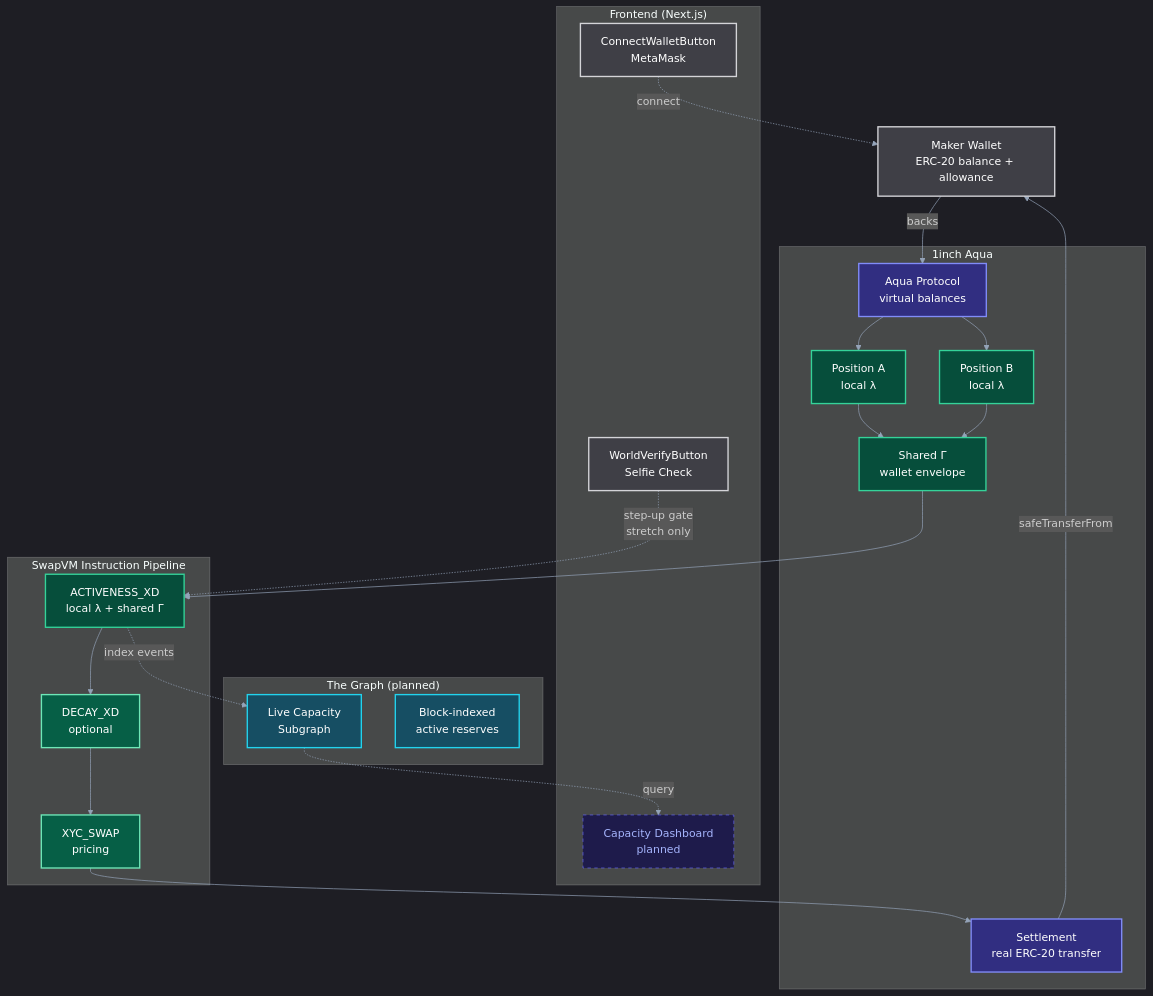
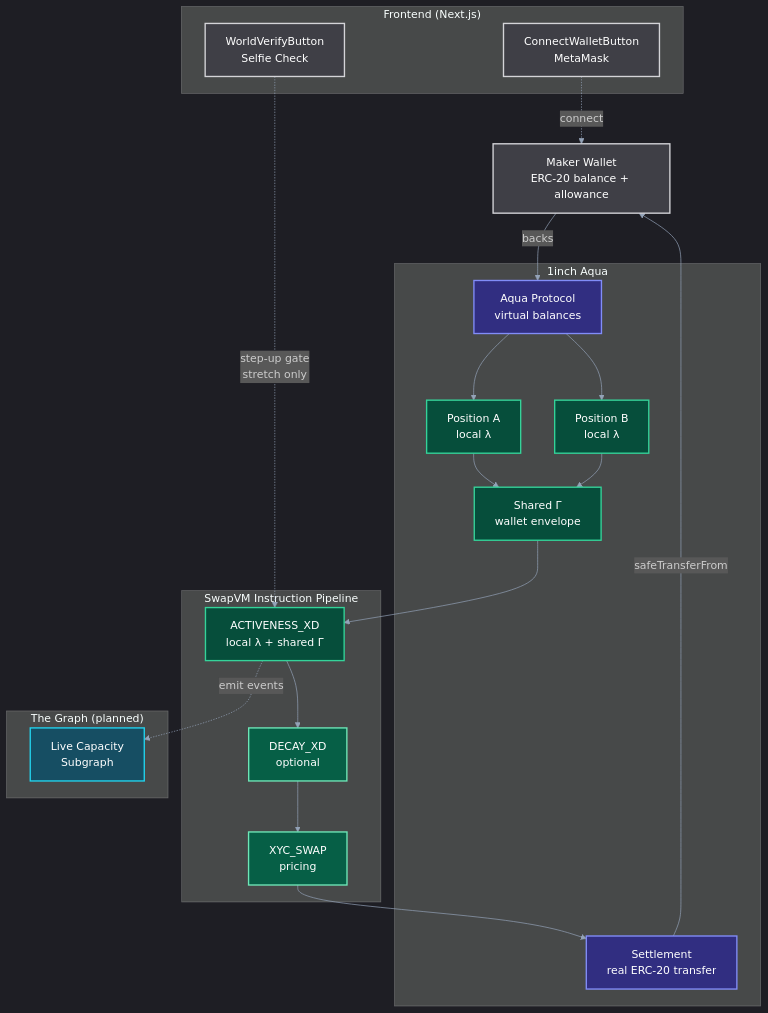
Before and after one commit to angelphoon7/online2026: the diagram in docs/diagrams/01_architecture.mmd, drawn with Mermaid. The commit also changed 32 other files, not shown here.

```diff
--- a/docs/diagrams/01_architecture.mmd
+++ b/docs/diagrams/01_architecture.mmd
@@ -1,65 +1,60 @@
 %%{init: {
   "theme": "dark",
   "themeVariables": {
     "background": "#0b0f14",
     "primaryColor": "#1f2937",
     "primaryTextColor": "#f8fafc",
     "primaryBorderColor": "#64748b",
     "lineColor": "#94a3b8",
     "secondaryColor": "#111827",
     "tertiaryColor": "#0f172a",
     "fontFamily": "Inter, ui-sans-serif, system-ui, sans-serif"
   }
 }}%%
 flowchart TB
     subgraph Frontend ["Frontend (Next.js)"]
         CW[ConnectWalletButton<br/>MetaMask]:::user
         WV[WorldVerifyButton<br/>Selfie Check]:::user
-        UI[Capacity Dashboard<br/>planned]:::planned
     end
 
     subgraph SwapVM ["SwapVM Instruction Pipeline"]
         ACT[ACTIVENESS_XD<br/>local λ + shared Γ]:::core
         DEC[DECAY_XD<br/>optional]:::swapvm
         XYC[XYC_SWAP<br/>pricing]:::swapvm
     end
 
     subgraph Aqua ["1inch Aqua"]
         AQ[Aqua Protocol<br/>virtual balances]:::sponsor
         POS_A[Position A<br/>local λ]:::core
         POS_B[Position B<br/>local λ]:::core
         GRP[Shared Γ<br/>wallet envelope]:::core
         SETTLE[Settlement<br/>real ERC-20 transfer]:::sponsor
     end
 
     subgraph Discovery ["The Graph (planned)"]
         SG[Live Capacity<br/>Subgraph]:::data
-        IDX[Block-indexed<br/>active reserves]:::data
     end
 
     MW[Maker Wallet<br/>ERC-20 balance + allowance]:::user
 
     MW -->|backs| AQ
     AQ --> POS_A
     AQ --> POS_B
     POS_A --> GRP
     POS_B --> GRP
     GRP --> ACT
     ACT --> DEC
     DEC --> XYC
     XYC --> SETTLE
     SETTLE -->|safeTransferFrom| MW
 
-    ACT -.->|index events| SG
-    SG -.->|query| UI
+    ACT -.->|emit events| SG
 
     CW -.->|connect| MW
     WV -.->|step-up gate<br/>stretch only| ACT
 
     classDef sponsor fill:#312e81,stroke:#818cf8,color:#ffffff,stroke-width:2px;
     classDef core fill:#064e3b,stroke:#34d399,color:#ffffff,stroke-width:2px;
     classDef swapvm fill:#065f46,stroke:#6ee7b7,color:#ffffff,stroke-width:2px;
-    classDef risk fill:#7f1d1d,stroke:#f87171,color:#ffffff,stroke-width:2px;
     classDef data fill:#164e63,stroke:#22d3ee,color:#ffffff,stroke-width:2px;
     classDef user fill:#3f3f46,stroke:#d4d4d8,color:#ffffff,stroke-width:2px;
-    classDef planned fill:#1e1b4b,stroke:#6366f1,color:#a5b4fc,stroke-width:1px,stroke-dasharray: 5 5;
```
